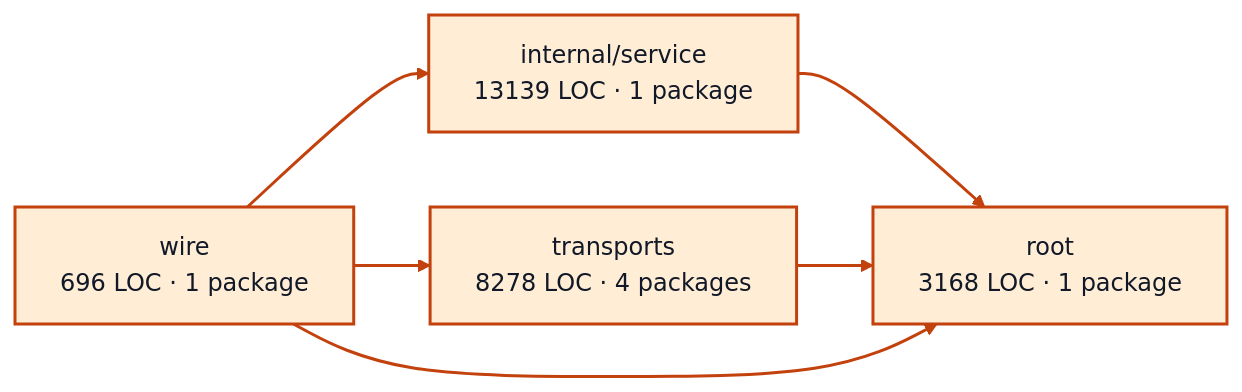
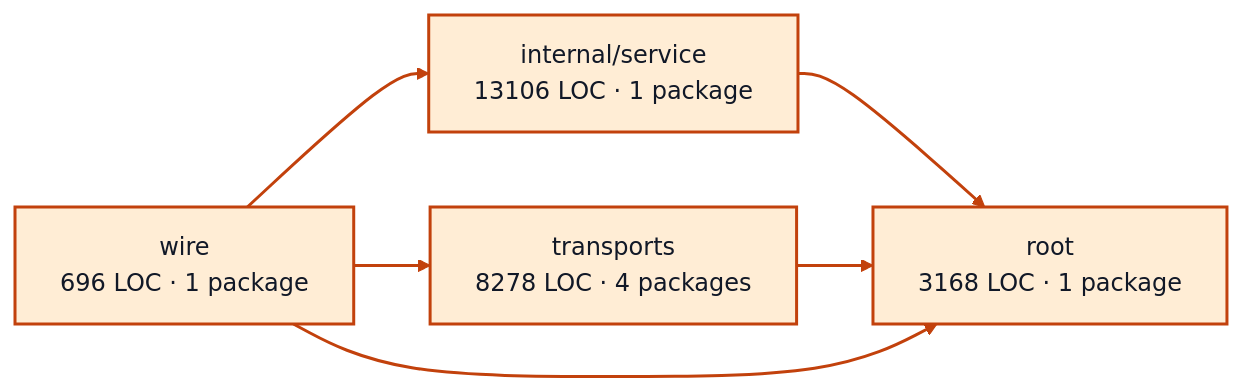
One commit to portpowered/you-agent-factory changed the diagram in docs/architecture/visualizations/services/worker_sessions.md. Above: the diagram before and after it, drawn with Mermaid. The commit also changed other lines of this file and 20 other files, not shown here.

Commit message:
docs: refresh backend architecture visualizations

````diff
--- a/docs/architecture/visualizations/services/worker_sessions.md
+++ b/docs/architecture/visualizations/services/worker_sessions.md
@@ -11,17 +11,17 @@
 ```mermaid
 flowchart LR
-  p0["internal/service<br/>13139 LOC · 1 package"]
+  p0["internal/service<br/>13106 LOC · 1 package"]
   p1["root<br/>3168 LOC · 1 package"]
   p2["transports<br/>8278 LOC · 4 packages"]
   p3["wire<br/>696 LOC · 1 package"]
   p0 --> p1
   p2 --> p1
   p3 --> p0
   p3 --> p1
   p3 --> p2
   style p0 fill:#ffedd5,stroke:#c2410c,stroke-width:2px,color:#111827
   style p1 fill:#ffedd5,stroke:#c2410c,stroke-width:2px,color:#111827
   style p2 fill:#ffedd5,stroke:#c2410c,stroke-width:2px,color:#111827
   style p3 fill:#ffedd5,stroke:#c2410c,stroke-width:2px,color:#111827
   linkStyle default stroke:#c2410c,stroke-width:2px
 ```
````
